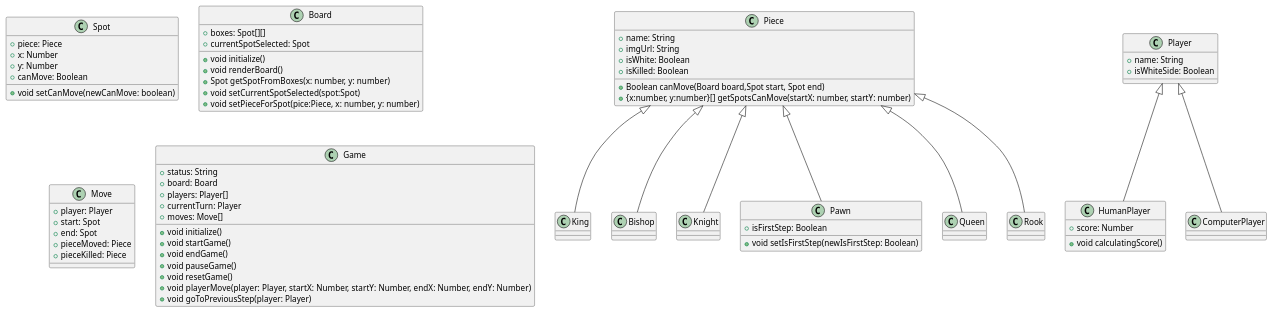
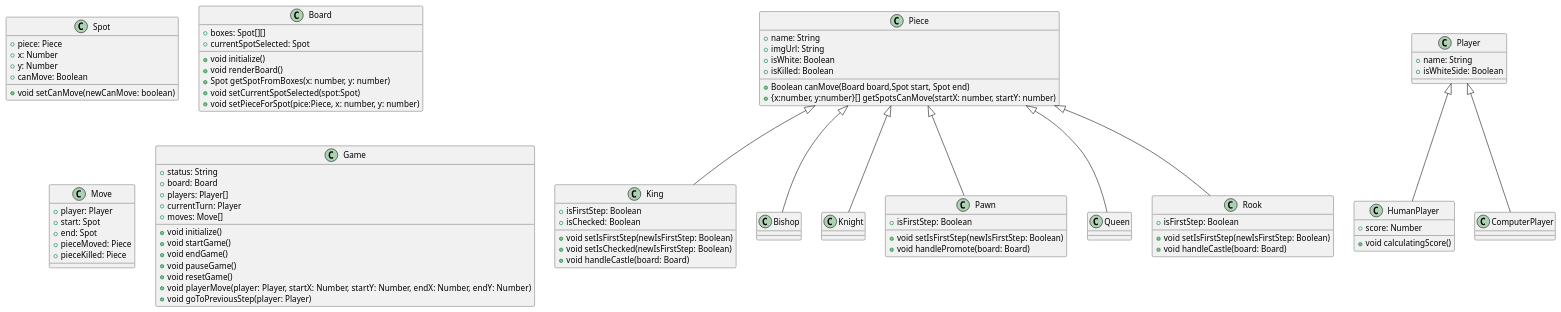
The diagram in nhom_5/docs/class-diagram.plantuml (hoanglt1223/SET2021), drawn with PlantUML before and after one commit.

Commit message:
nhom_5 | update class diagram

```diff
--- a/nhom_5/docs/class-diagram.plantuml
+++ b/nhom_5/docs/class-diagram.plantuml
@@ -1,92 +1,103 @@
 @startuml
 class Spot{
   + piece: Piece
   + x: Number
   + y: Number
   + canMove: Boolean
   + void setCanMove(newCanMove: boolean)
 }
 
 class Board{
   +boxes: Spot[][]
   +currentSpotSelected: Spot
 
   +void initialize()
   +void renderBoard()
   +Spot getSpotFromBoxes(x: number, y: number)
   +void setCurrentSpotSelected(spot:Spot)
   +void setPieceForSpot(pice:Piece, x: number, y: number)
 
 }
 
 class Piece{
   + name: String
   + imgUrl: String
   + isWhite: Boolean
   + isKilled: Boolean
   + Boolean canMove(Board board,Spot start, Spot end)
   + {x:number, y:number}[] getSpotsCanMove(startX: number, startY: number)
 }
 
 class Move{
   + player: Player
   + start: Spot
   + end: Spot
   + pieceMoved: Piece
   + pieceKilled: Piece
 }
 
 class Game{
   + status: String
   + board: Board
   + players: Player[]
   + currentTurn: Player
   + moves: Move[]
 
   + void initialize()
   + void startGame()
   + void endGame()
   + void pauseGame()
   + void resetGame()
   + void playerMove(player: Player, startX: Number, startY: Number, endX: Number, endY: Number)
   + void goToPreviousStep(player: Player)
 }
 
 class Player{
   + name: String
   + isWhiteSide: Boolean
 }
 
 class HumanPlayer{
   + score: Number
   + void calculatingScore()
 }
 
 class ComputerPlayer{}
 
 
-class King{}
+class King{
+  + isFirstStep: Boolean
+  + isChecked: Boolean
+  + void setIsFirstStep(newIsFirstStep: Boolean)
+  + void setIsChecked(newIsFirstStep: Boolean)
+  + void handleCastle(board: Board)
+}
 class Bishop{}
 class Knight{}
 class Pawn{
   + isFirstStep: Boolean
   + void setIsFirstStep(newIsFirstStep: Boolean)
+  + void handlePromote(board: Board)
 }
 class Queen{}
-class Rook{}
+class Rook{
+  + isFirstStep: Boolean
+  + void setIsFirstStep(newIsFirstStep: Boolean)
+  + void handleCastle(board: Board)
+}
 
 
 
 
 
 Piece <|-- King
 Piece <|-- Bishop
 Piece <|-- Knight
 Piece <|-- Pawn
 Piece <|-- Queen
 Piece <|-- Rook
 
 Player <|-- HumanPlayer
 Player <|-- ComputerPlayer
 
 @enduml
```
